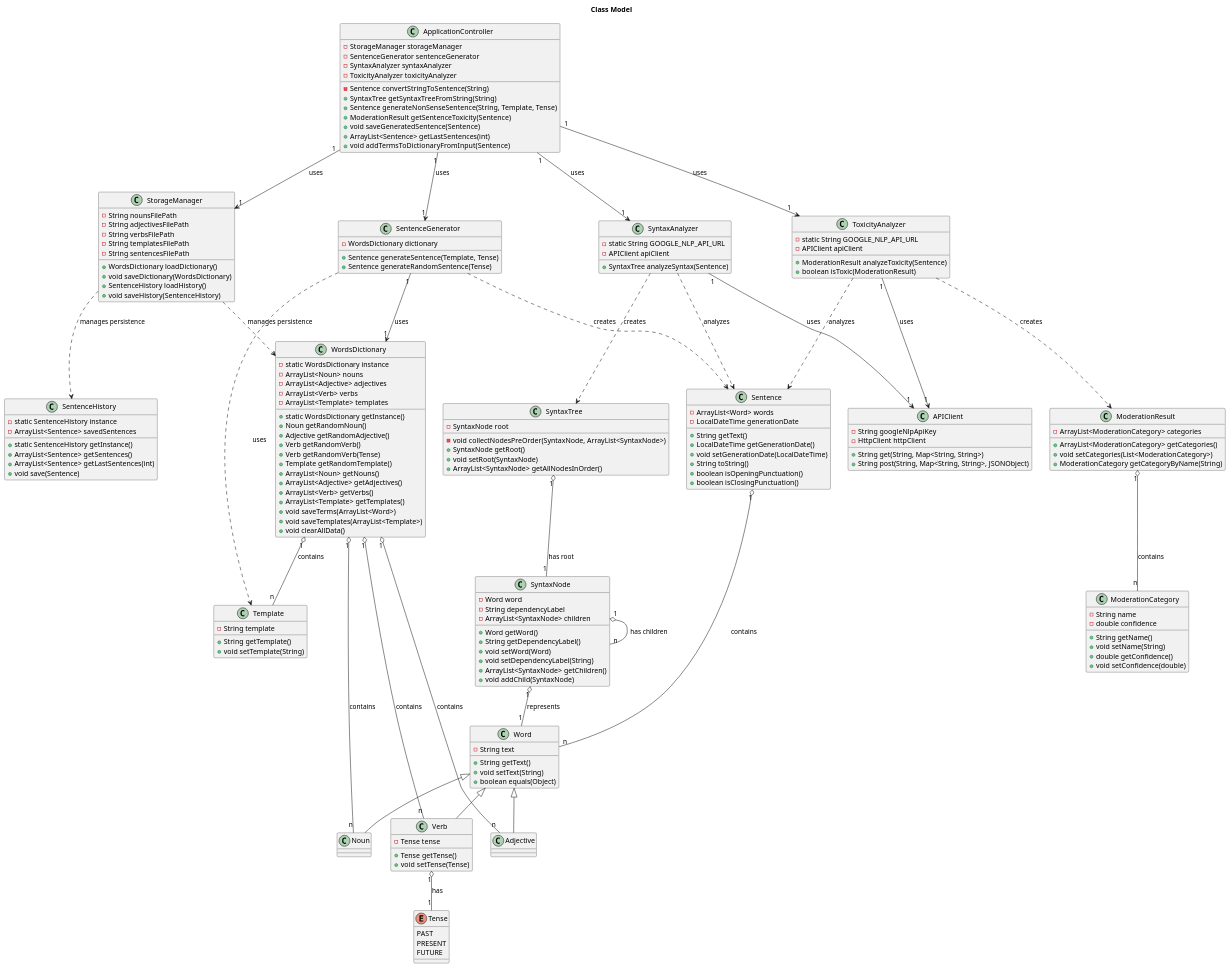
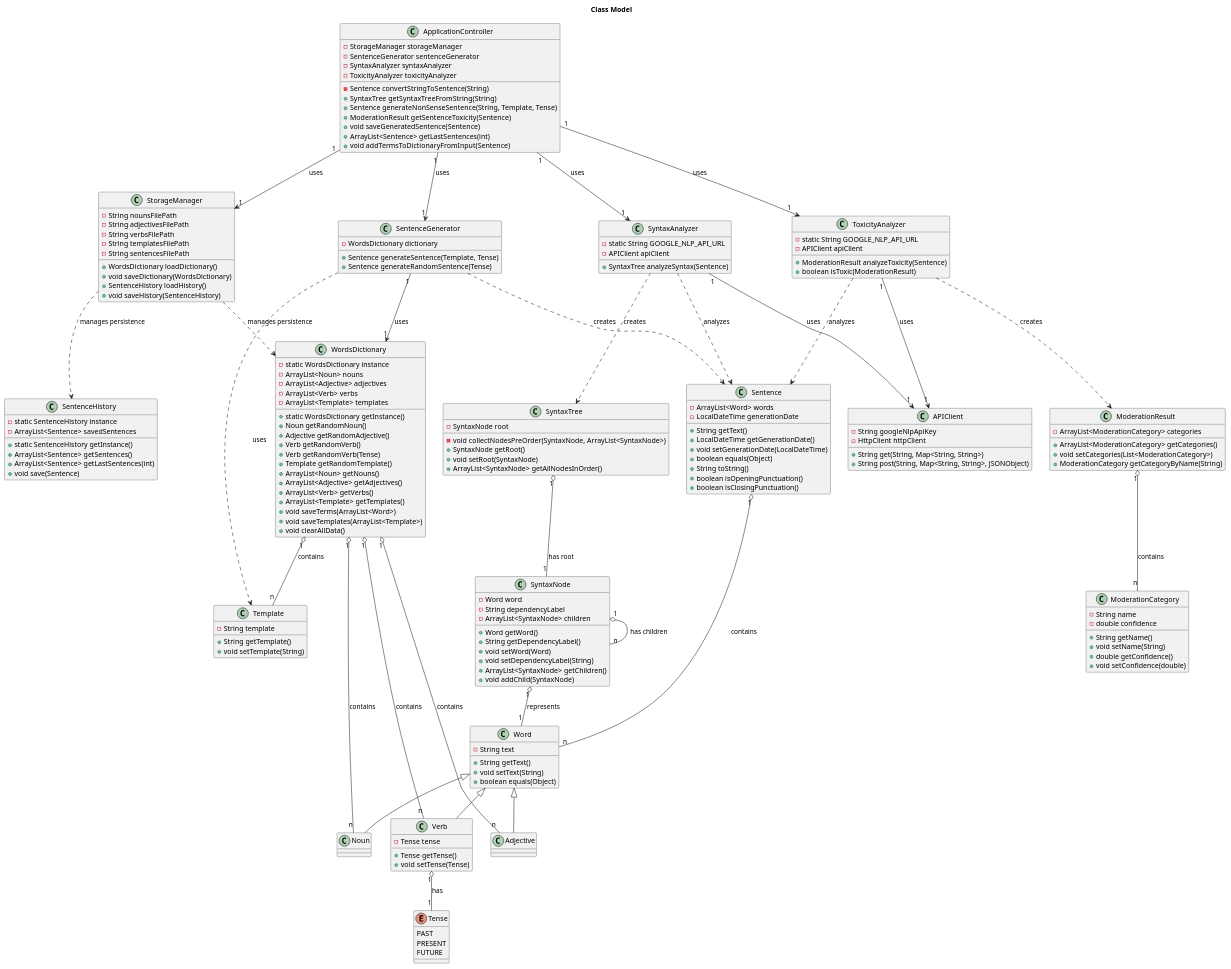
The diagram in docs/diagrams/classmodel.plantuml (liamtoaldo/NonSenseGenerator), drawn with PlantUML before and after one commit. The commit also changed 3 other files, not shown here.

```diff
--- a/docs/diagrams/classmodel.plantuml
+++ b/docs/diagrams/classmodel.plantuml
@@ -7,6 +7,7 @@
     +String getText()
     +LocalDateTime getGenerationDate()
     +void setGenerationDate(LocalDateTime)
+    +boolean equals(Object)
     +String toString()
     +boolean isOpeningPunctuation()
     +boolean isClosingPunctuation()
```
